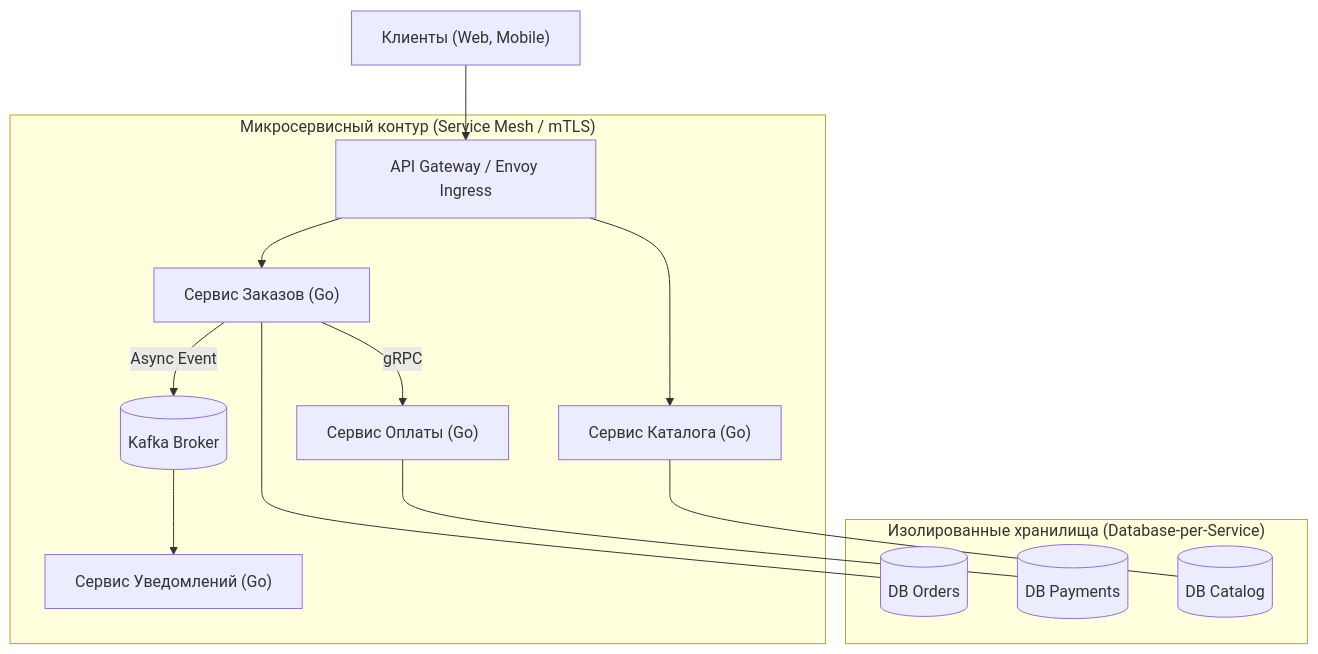
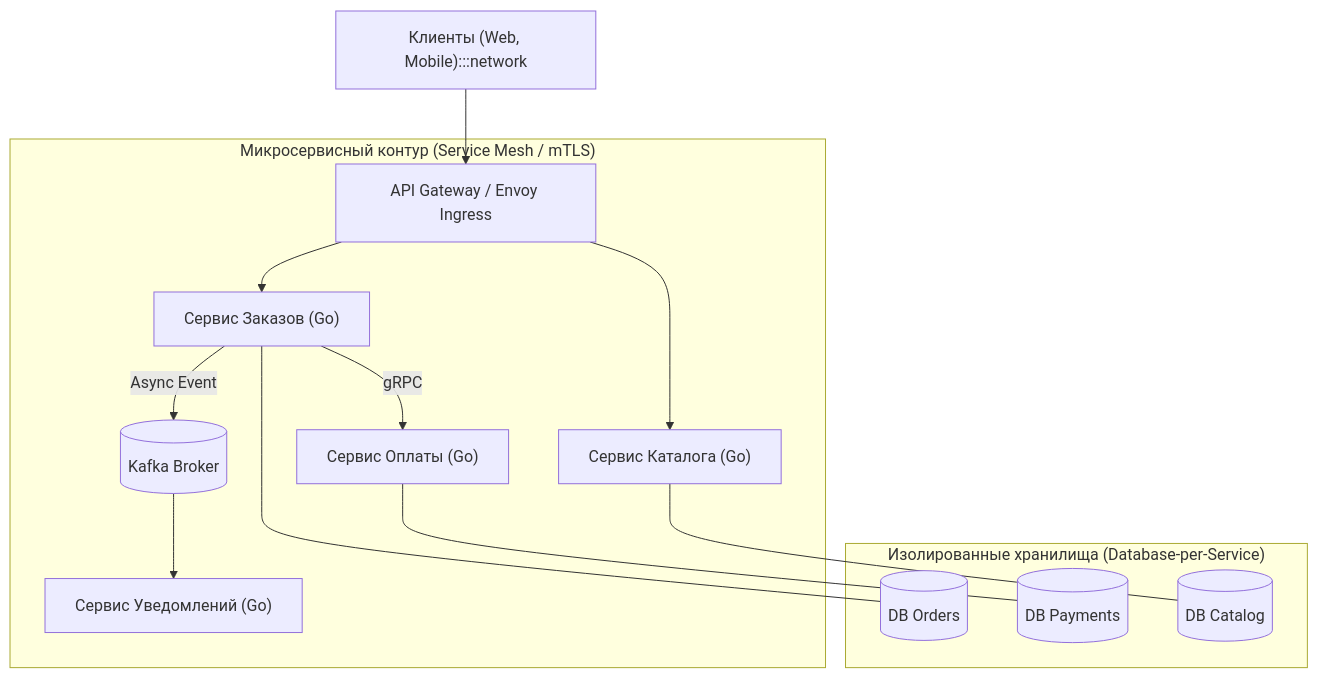
One commit to UnrealTemplier/go-textbook changed the first of 2 diagrams in sources/11. Архитектура и System Design/9. Микросервисы. Преимущества, недостатки и мифы.md. Above: the diagram before and after it, drawn with Mermaid. The commit also changed other lines of this file and 1666 other files, not shown here.

First line of the commit message:
feat(mermaid): add semantic color classDef to 1369 colorless flowchart/graph diagrams

````diff
--- a/sources/11. Архитектура и System Design/9. Микросервисы. Преимущества, недостатки и мифы.md
+++ b/sources/11. Архитектура и System Design/9. Микросервисы. Преимущества, недостатки и мифы.md
@@ -22,19 +22,29 @@
 ```mermaid
 flowchart TD
-    Client["Клиенты (Web, Mobile)"] --> GW["API Gateway / Envoy Ingress"]
+    classDef process  fill:#1e293b,stroke:#38bdf8,stroke-width:1px,color:#f8fafc
+    classDef success  fill:#064e3b,stroke:#34d399,stroke-width:1px,color:#f8fafc
+    classDef error    fill:#7f1d1d,stroke:#f87171,stroke-width:1px,color:#f8fafc
+    classDef warning  fill:#78350f,stroke:#fbbf24,stroke-width:1px,color:#f8fafc
+    classDef entry    fill:#1e3a5f,stroke:#38bdf8,stroke-width:2px,color:#f8fafc
+    classDef aux      fill:#334155,stroke:#64748b,stroke-width:1px,color:#f8fafc
+    classDef system   fill:#312e81,stroke:#a78bfa,stroke-width:1px,color:#f8fafc
+    classDef data     fill:#132d29,stroke:#2dd4bf,stroke-width:1px,color:#f8fafc
+    classDef network  fill:#881337,stroke:#fb7185,stroke-width:1px,color:#f8fafc
+    classDef accent   fill:#1e1b4b,stroke:#818cf8,stroke-width:1px,color:#f8fafc
+    Client["Клиенты (Web, Mobile):::network"] --> GW["API Gateway / Envoy Ingress"]
     
     subgraph Services["Микросервисный контур (Service Mesh / mTLS)"]
         GW --> MS1["Сервис Заказов (Go)"]
         GW --> MS4["Сервис Каталога (Go)"]
         
         MS1 -->|"gRPC"| MS2["Сервис Оплаты (Go)"]
         MS1 -->|"Async Event"| Bus[("Kafka Broker")]
         Bus --> MS3["Сервис Уведомлений (Go)"]
     end
 
     subgraph Data["Изолированные хранилища (Database-per-Service)"]
         MS1 --- DB1[("DB Orders")]
         MS2 --- DB2[("DB Payments")]
         MS4 --- DB4[("DB Catalog")]
     end
 ```
````
